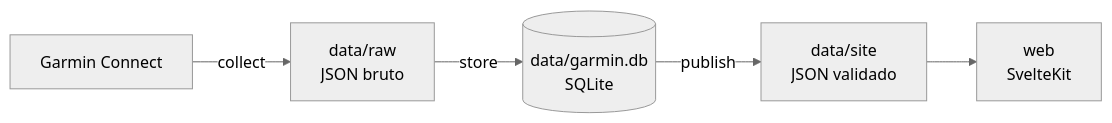
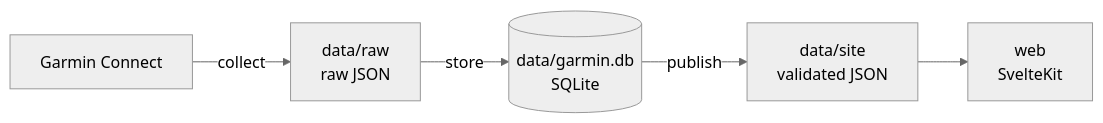
One commit to viniaraujo68/garmin-insights changed the diagram in README.md. Above: the diagram before and after it, drawn with Mermaid (neutral theme). The commit also changed other lines of this file and 61 other files, not shown here.

````diff
--- a/README.md
+++ b/README.md
@@ -70,7 +71,7 @@
 ```mermaid
 flowchart LR
-  G[Garmin Connect] -->|collect| R[data/raw<br/>JSON bruto]
+  G[Garmin Connect] -->|collect| R[data/raw<br/>raw JSON]
   R -->|store| D[(data/garmin.db<br/>SQLite)]
-  D -->|publish| S[data/site<br/>JSON validado]
+  D -->|publish| S[data/site<br/>validated JSON]
   S --> W[web<br/>SvelteKit]
 ```
````
